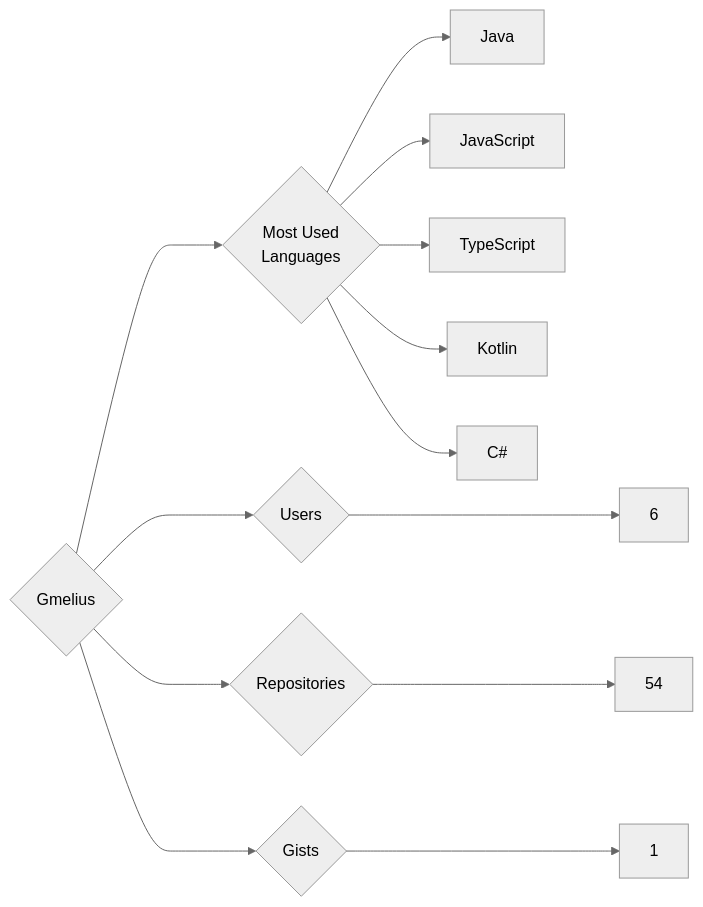
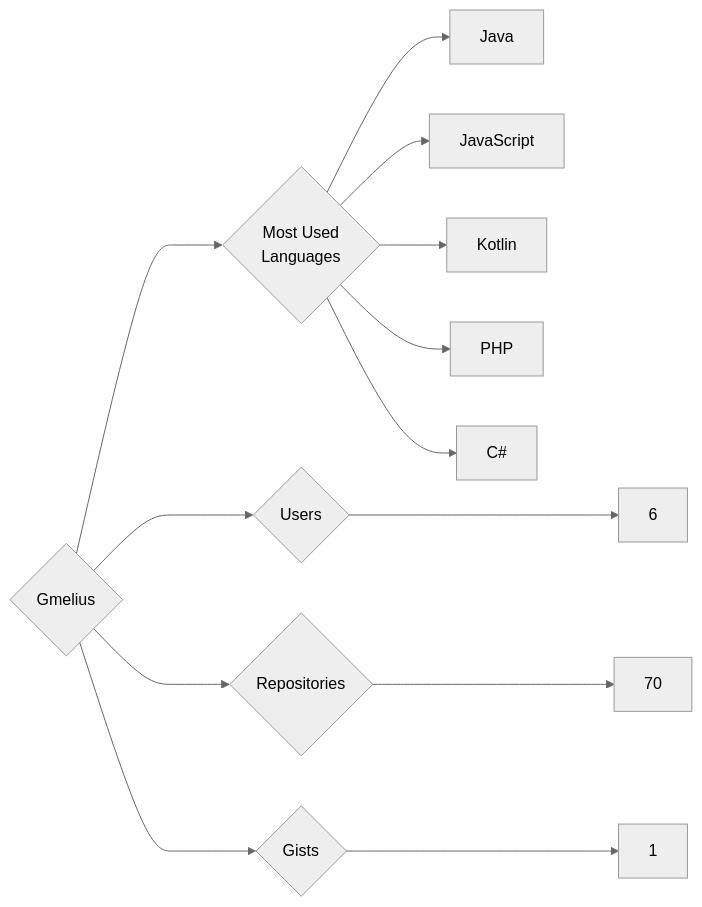
The diagram in targets/Gmelius/README.md (trickest/insiders), drawn with Mermaid (neutral theme) before and after one commit. The commit also changed 699 other files, not shown here.

````diff
--- a/targets/Gmelius/README.md
+++ b/targets/Gmelius/README.md
@@ -3,13 +3,13 @@
 ```mermaid
 graph LR
 COMPANY_NAME{Gmelius}
 COMPANY_NAME ---> U{Users} ---> UN[6]
-COMPANY_NAME ---> R{Repositories} ---> RN[54]
+COMPANY_NAME ---> R{Repositories} ---> RN[70]
 COMPANY_NAME ---> G{Gists} ---> GN[1]
 COMPANY_NAME ---> ML{Most Used<br>Languages}
 ML --> Java[Java]
 ML --> JavaScript[JavaScript]
-ML --> TypeScript[TypeScript]
 ML --> Kotlin[Kotlin]
+ML --> PHP[PHP]
 ML --> C#[C#]
 ```
````
